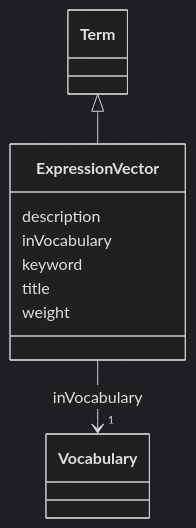
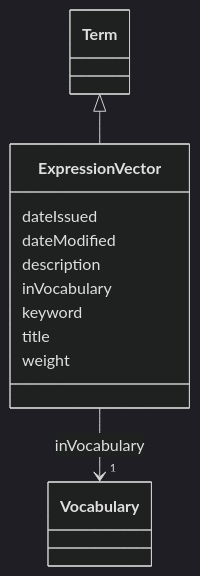
The diagram in models/docs/ExpressionVector.md (EVORA-project/evora-ontology), drawn with Mermaid (dark theme) before and after one commit. The commit also changed other lines of this file and 377 other files, not shown here.

````diff
--- a/models/docs/ExpressionVector.md
+++ b/models/docs/ExpressionVector.md
@@ -19,26 +19,30 @@
 ```mermaid
  classDiagram
     class ExpressionVector
     click ExpressionVector href "../ExpressionVector"
       Term <|-- ExpressionVector
         click Term href "../Term"
       
+      ExpressionVector : dateIssued
+        
+      ExpressionVector : dateModified
+        
       ExpressionVector : description
         
       ExpressionVector : inVocabulary
         
           
     
     
     ExpressionVector --> "1" Vocabulary : inVocabulary
     click Vocabulary href "../Vocabulary"
 
         
       ExpressionVector : keyword
         
       ExpressionVector : title
         
       ExpressionVector : weight
         
       
 ```
````
